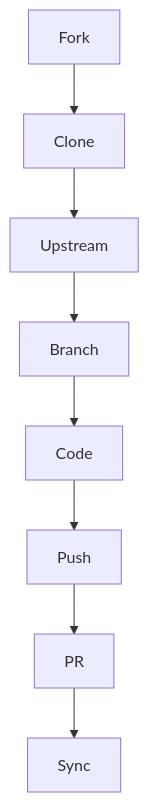
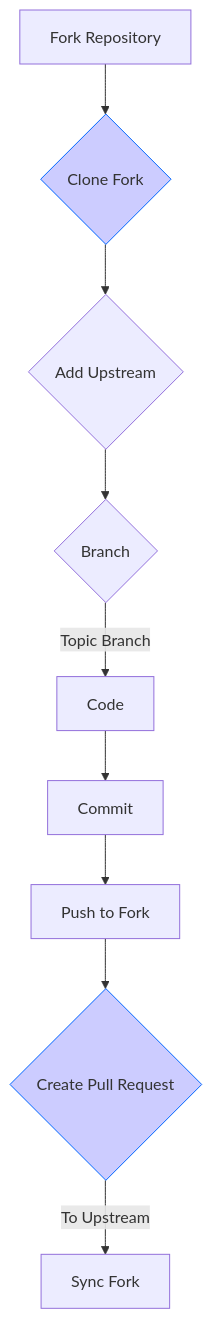
The second of 2 diagrams in git/chapter_00006.md (squared-studio/SkillVerse), drawn with Mermaid before and after one commit. The commit also changed other lines of this file and 6 other files, not shown here.

````diff
--- a/git/chapter_00006.md
+++ b/git/chapter_00006.md
@@ -72,10 +99,13 @@
 ```mermaid
 flowchart TB
-    A[Fork] --> B[Clone]
-    B --> C[Upstream]
-    C --> D[Branch]
-    D --> E[Code]
-    E --> F[Push]
-    F --> G[PR]
-    G --> H[Sync]
+    A[Fork Repository] --> B{Clone Fork}
+    B --> C{Add Upstream}
+    C --> D{Branch}
+    D -- Topic Branch --> E[Code]
+    E --> F[Commit]
+    F --> G[Push to Fork]
+    G --> H{Create Pull Request}
+    H -- To Upstream --> I[Sync Fork]
+    style B fill:#ccf,stroke:#06f
+    style H fill:#ccf,stroke:#06f
 ```
````
